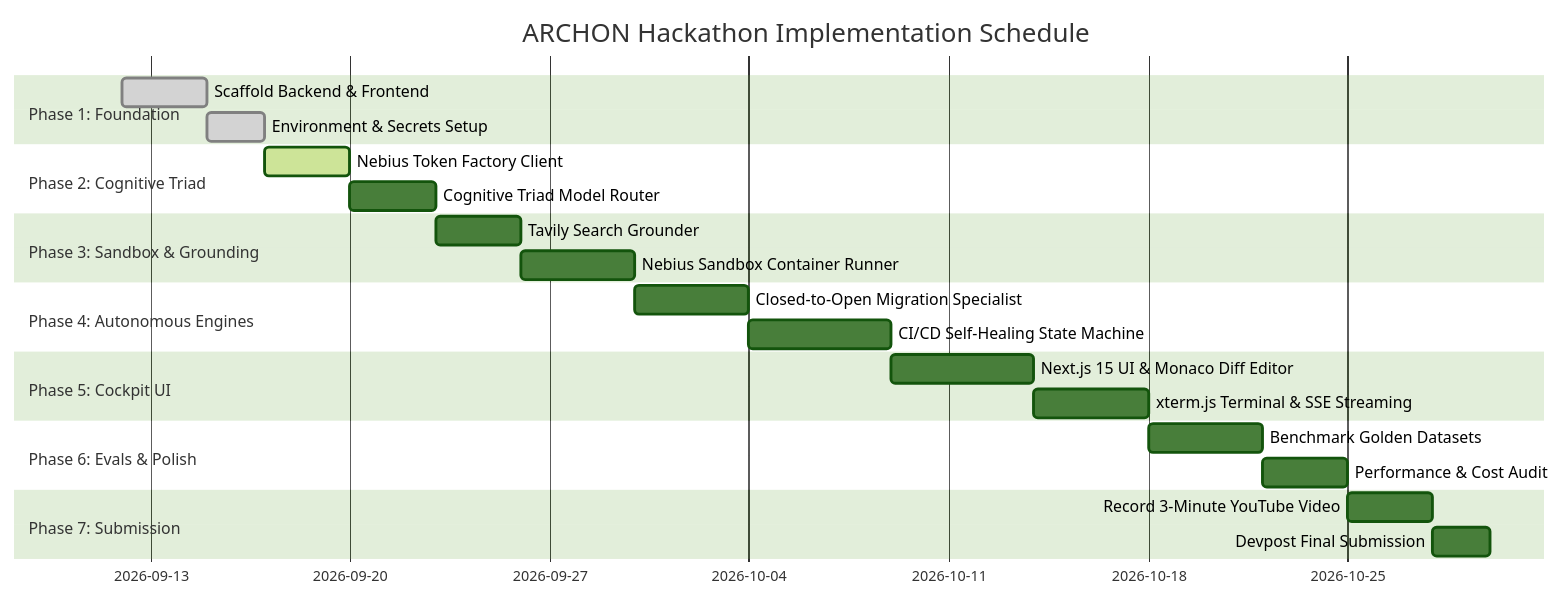
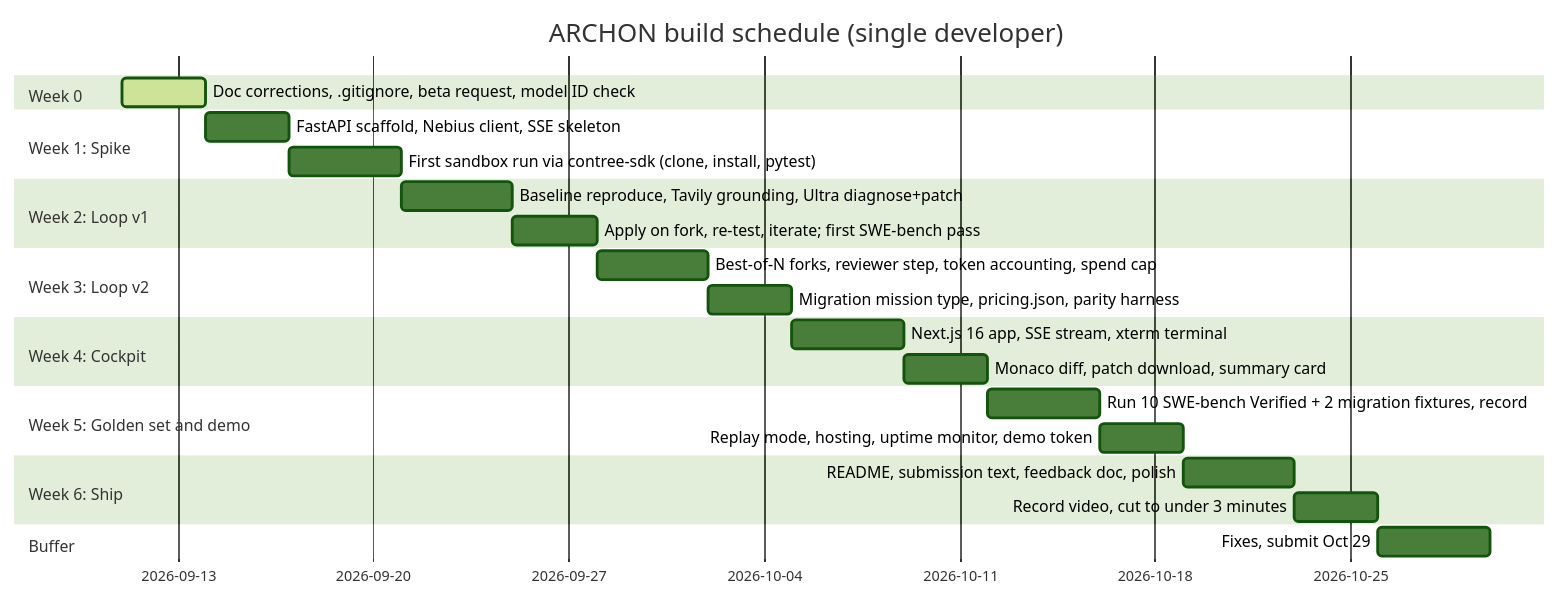
The diagram in 0.docs/build/PLAN.md (CodeWithEugene/Archon), drawn with Mermaid (forest theme) before and after one commit. The commit also changed other lines of this file and 16 other files, not shown here.

````diff
--- a/0.docs/build/PLAN.md
+++ b/0.docs/build/PLAN.md
@@ -12,26 +22,27 @@
 ```mermaid
 gantt
-    title ARCHON Hackathon Implementation Schedule
+    title ARCHON build schedule (single developer)
     dateFormat  YYYY-MM-DD
-    section Phase 1: Foundation
-    Scaffold Backend & Frontend           :done, 2026-09-12, 3d
-    Environment & Secrets Setup           :done, 2026-09-15, 2d
-    section Phase 2: Cognitive Triad
-    Nebius Token Factory Client           :active, 2026-09-17, 3d
-    Cognitive Triad Model Router          :2026-09-20, 3d
-    section Phase 3: Sandbox & Grounding
-    Tavily Search Grounder                :2026-09-23, 3d
-    Nebius Sandbox Container Runner       :2026-09-26, 4d
-    section Phase 4: Autonomous Engines
-    Closed-to-Open Migration Specialist   :2026-09-30, 4d
-    CI/CD Self-Healing State Machine      :2026-10-04, 5d
-    section Phase 5: Cockpit UI
-    Next.js 15 UI & Monaco Diff Editor   :2026-10-09, 5d
-    xterm.js Terminal & SSE Streaming     :2026-10-14, 4d
-    section Phase 6: Evals & Polish
-    Benchmark Golden Datasets             :2026-10-18, 4d
-    Performance & Cost Audit              :2026-10-22, 3d
-    section Phase 7: Submission
-    Record 3-Minute YouTube Video         :2026-10-25, 3d
-    Devpost Final Submission              :2026-10-28, 2d
+    section Week 0
+    Doc corrections, .gitignore, beta request, model ID check   :active, w0, 2026-09-11, 3d
+    section Week 1: Spike
+    FastAPI scaffold, Nebius client, SSE skeleton               :w1a, 2026-09-14, 3d
+    First sandbox run via contree-sdk (clone, install, pytest)  :w1b, 2026-09-17, 4d
+    section Week 2: Loop v1
+    Baseline reproduce, Tavily grounding, Ultra diagnose+patch  :w2a, 2026-09-21, 4d
+    Apply on fork, re-test, iterate; first SWE-bench pass       :w2b, 2026-09-25, 3d
+    section Week 3: Loop v2
+    Best-of-N forks, reviewer step, token accounting, spend cap :w3a, 2026-09-28, 4d
+    Migration mission type, pricing.json, parity harness        :w3b, 2026-10-02, 3d
+    section Week 4: Cockpit
+    Next.js 16 app, SSE stream, xterm terminal                  :w4a, 2026-10-05, 4d
+    Monaco diff, patch download, summary card                   :w4b, 2026-10-09, 3d
+    section Week 5: Golden set and demo
+    Run 10 SWE-bench Verified + 2 migration fixtures, record    :w5a, 2026-10-12, 4d
+    Replay mode, hosting, uptime monitor, demo token            :w5b, 2026-10-16, 3d
+    section Week 6: Ship
+    README, submission text, feedback doc, polish               :w6a, 2026-10-19, 4d
+    Record video, cut to under 3 minutes                        :w6b, 2026-10-23, 3d
+    section Buffer
+    Fixes, submit Oct 29                                        :w7, 2026-10-26, 4d
 ```
````
